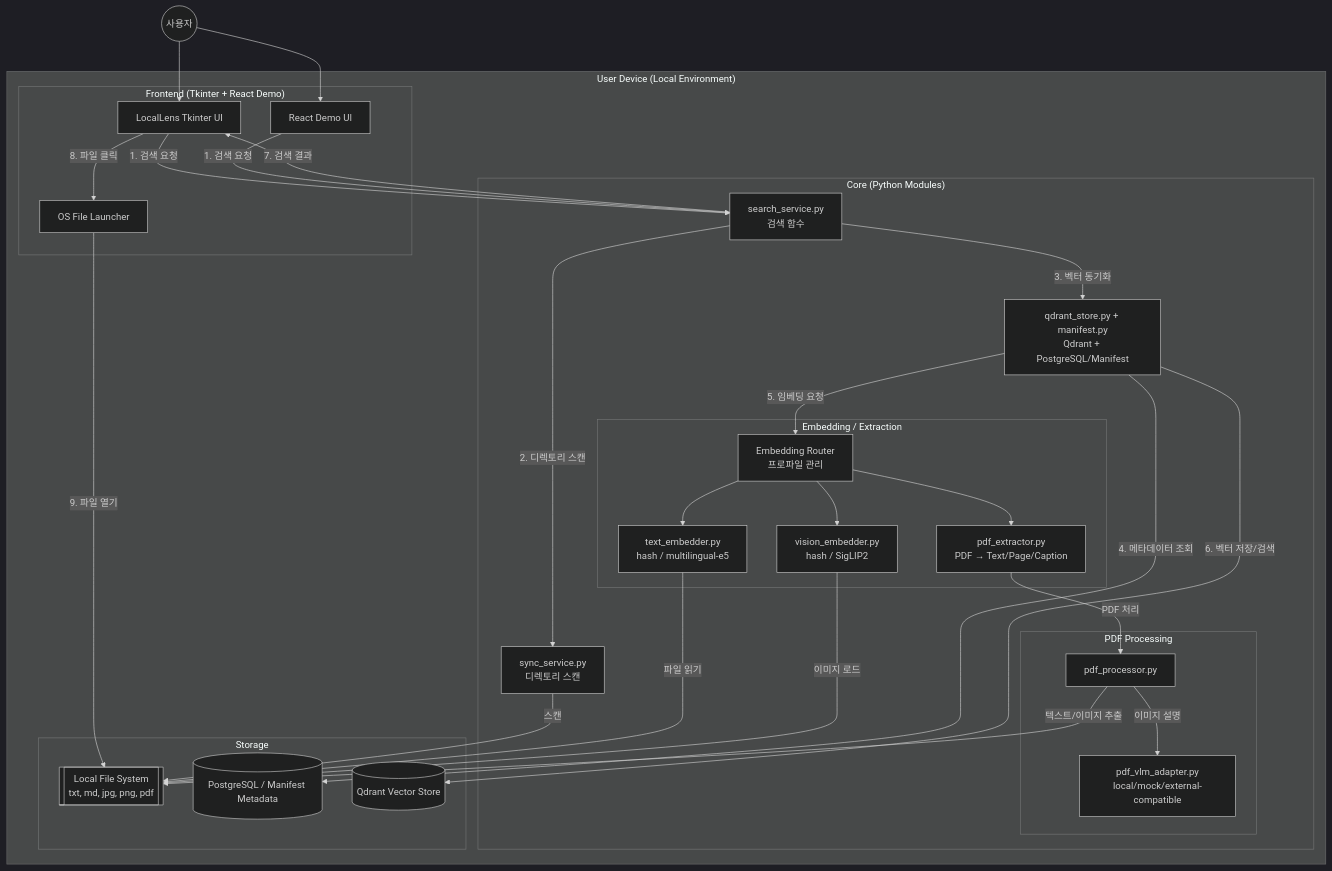
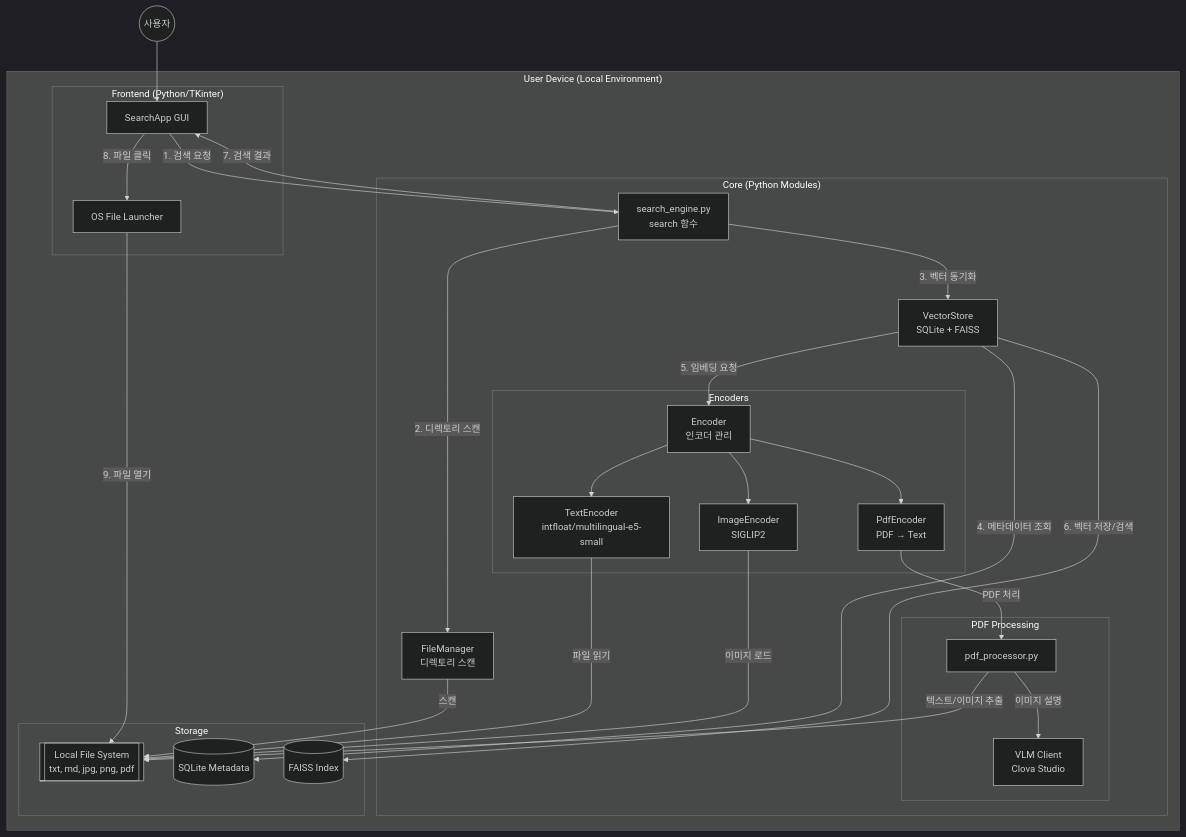
One commit to figure-2/LocalLens changed the first of 3 diagrams in README.md. Above: the diagram before and after it, drawn with Mermaid (dark theme). The commit also changed other lines of this file and 1 other file, not shown here.

Commit message:
docs: finalize public README and search configuration

````diff
--- a/README.md
+++ b/README.md
@@ -39,57 +29,54 @@
 ```mermaid
 graph TB
     subgraph "User Device (Local Environment)"
 
-        subgraph "Frontend (Tkinter + React Demo)"
-            UI[LocalLens Tkinter UI]
-            WebUI[React Demo UI]
+        subgraph "Frontend (Python/TKinter)"
+            UI[SearchApp GUI]
             Launcher[OS File Launcher]
         end
 
         subgraph "Core (Python Modules)"
-            Engine[search_service.py<br/>검색 함수]
-            FileMgr[sync_service.py<br/>디렉토리 스캔]
-            Store[qdrant_store.py + manifest.py<br/>Qdrant + PostgreSQL/Manifest]
+            Engine[search_engine.py<br/>search 함수]
+            FileMgr[FileManager<br/>디렉토리 스캔]
+            Store[VectorStore<br/>SQLite + FAISS]
 
-            subgraph "Embedding / Extraction"
-                EncMain[Embedding Router<br/>프로파일 관리]
-                EncText[text_embedder.py<br/>hash / multilingual-e5]
-                EncImage[vision_embedder.py<br/>hash / SigLIP2]
-                EncPdf[pdf_extractor.py<br/>PDF → Text/Page/Caption]
+            subgraph "Encoders"
+                EncMain[Encoder<br/>인코더 관리]
+                EncText[TextEncoder<br/>intfloat/multilingual-e5-small]
+                EncImage[ImageEncoder<br/>SIGLIP2]
+                EncPdf[PdfEncoder<br/>PDF → Text]
             end
 
-        subgraph "PDF Processing"
+            subgraph "PDF Processing"
                 PdfProc[pdf_processor.py]
-                VLM[pdf_vlm_adapter.py<br/>local/mock/external-compatible]
+                VLM[VLM Client<br/>Clova Studio]
             end
         end
 
         subgraph "Storage"
             Files[[Local File System<br/>txt, md, jpg, png, pdf]]
-            DB[(PostgreSQL / Manifest Metadata)]
-            VDB[(Qdrant Vector Store)]
+            DB[(SQLite Metadata)]
+            FAISS[(FAISS Index)]
         end
     end
 
     User((사용자)) --> UI
-    User --> WebUI
     UI -- "1. 검색 요청" --> Engine
-    WebUI -- "1. 검색 요청" --> Engine
     Engine -- "2. 디렉토리 스캔" --> FileMgr
     FileMgr -- "스캔" --> Files
     Engine -- "3. 벡터 동기화" --> Store
     Store -- "4. 메타데이터 조회" --> DB
     Store -- "5. 임베딩 요청" --> EncMain
     EncMain --> EncText
     EncMain --> EncImage
     EncMain --> EncPdf
     EncText -- "파일 읽기" --> Files
     EncImage -- "이미지 로드" --> Files
     EncPdf -- "PDF 처리" --> PdfProc
     PdfProc -- "텍스트/이미지 추출" --> Files
     PdfProc -- "이미지 설명" --> VLM
-    Store -- "6. 벡터 저장/검색" --> VDB
+    Store -- "6. 벡터 저장/검색" --> FAISS
     Engine -- "7. 검색 결과" --> UI
     UI -- "8. 파일 클릭" --> Launcher
     Launcher -- "9. 파일 열기" --> Files
 ```
````
